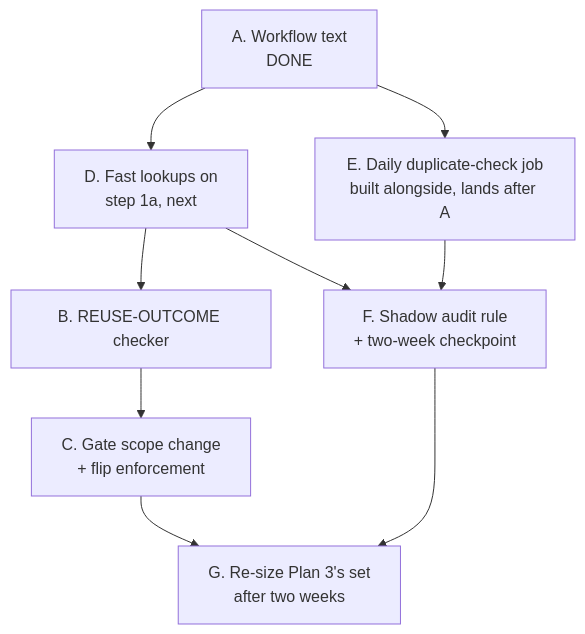
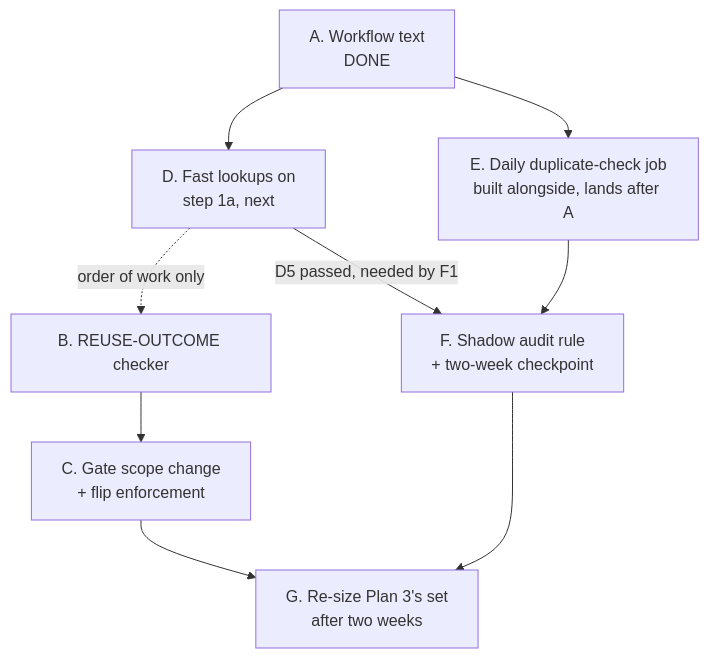
One commit to deepily/lupin changed the second of 2 diagrams in src/rnd/v0.2.2/2026.09.30-wiki-and-jev-for-code-reuse-review/2026.10.24-reuse-detection-remediation-plan.md. Above: the diagram before and after it, drawn with Mermaid. The commit also changed other lines of this file, not shown here.

Commit message:
[LUPIN] Plan 3 section 12, cascade revision 1 (S1 stage 1): D1 extends sweep_of with a restart test, D3 names the env location, ruling 10, A2 merged, F1-needs-D5 edge, D to B is order only; plan text only (rows 696ea5f8, 2f6b83a1)

````diff
--- a/src/rnd/v0.2.2/2026.09.30-wiki-and-jev-for-code-reuse-review/2026.10.24-reuse-detection-remediation-plan.md
+++ b/src/rnd/v0.2.2/2026.09.30-wiki-and-jev-for-code-reuse-review/2026.10.24-reuse-detection-remediation-plan.md
@@ -805,11 +806,11 @@
 ```mermaid
 flowchart TD
     A[A. Workflow text<br/>DONE] --> D[D. Fast lookups on<br/>step 1a, next]
-    D --> B[B. REUSE-OUTCOME checker]
+    D -.->|order of work only| B[B. REUSE-OUTCOME checker]
     B --> C[C. Gate scope change<br/>+ flip enforcement]
     A --> E[E. Daily duplicate-check job<br/>built alongside, lands after A]
-    D --> F[F. Shadow audit rule<br/>+ two-week checkpoint]
+    D -->|D5 passed, needed by F1| F[F. Shadow audit rule<br/>+ two-week checkpoint]
     E --> F
     C --> G[G. Re-size Plan 3's set<br/>after two weeks]
     F --> G
 ```
````
